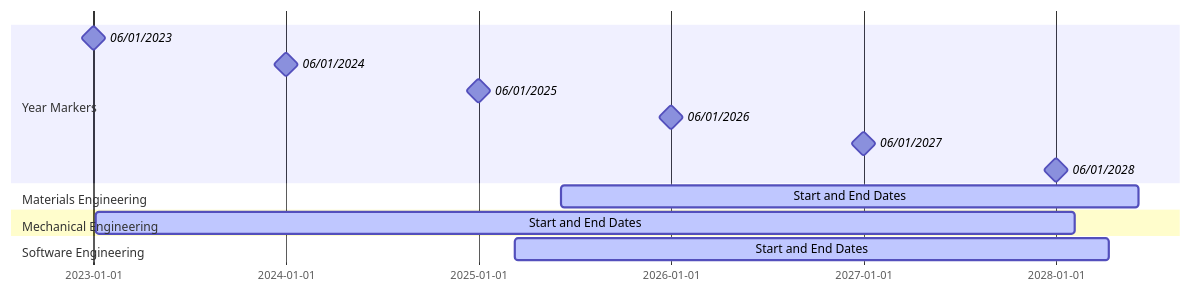
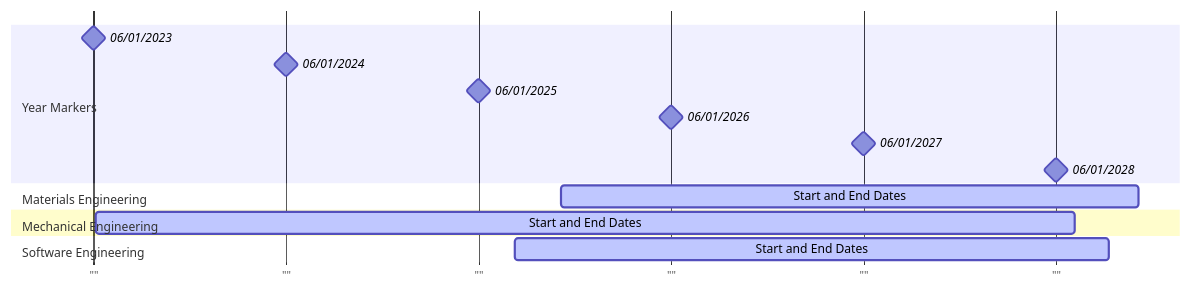
One commit to delblerferreira/delblerferreira changed the first of 3 diagrams in README.md. Above: the diagram before and after it, drawn with Mermaid.

````diff
--- a/README.md
+++ b/README.md
@@ -31,21 +31,22 @@
 ```mermaid
 gantt
     dateFormat  YYYY-MM-DD
+    axisFormat  ""
 
     section Year Markers
     06/01/2023                 :milestone, ym2023, 2023,year
     06/01/2024                 :milestone, ym2024, 2024,year
     06/01/2025                 :milestone, ym2025, 2025,year
     06/01/2026                 :milestone, ym2026, 2026,year
     06/01/2027                 :milestone, ym2027, 2027,year
     06/01/2028                 :milestone, ym2028, 2028,year
 
     section Materials Engineering
     Start and End Dates        :active, materials, 2025-06-06, 2028-06-06
 
     section Mechanical Engineering
     Start and End Dates        :active, mechanical, 2023-01-06, 2028-02-06
 
     section Software Engineering
     Start and End Dates        :active, software, 2025-03-10, 2028-04-10
 ```
````
